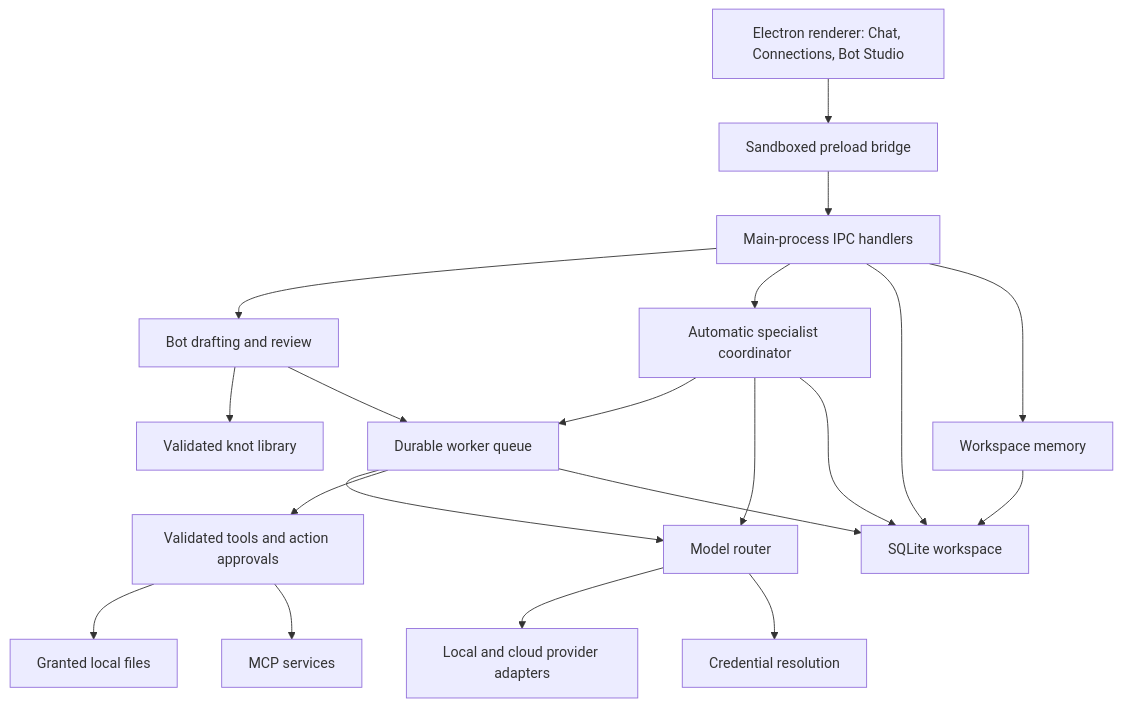
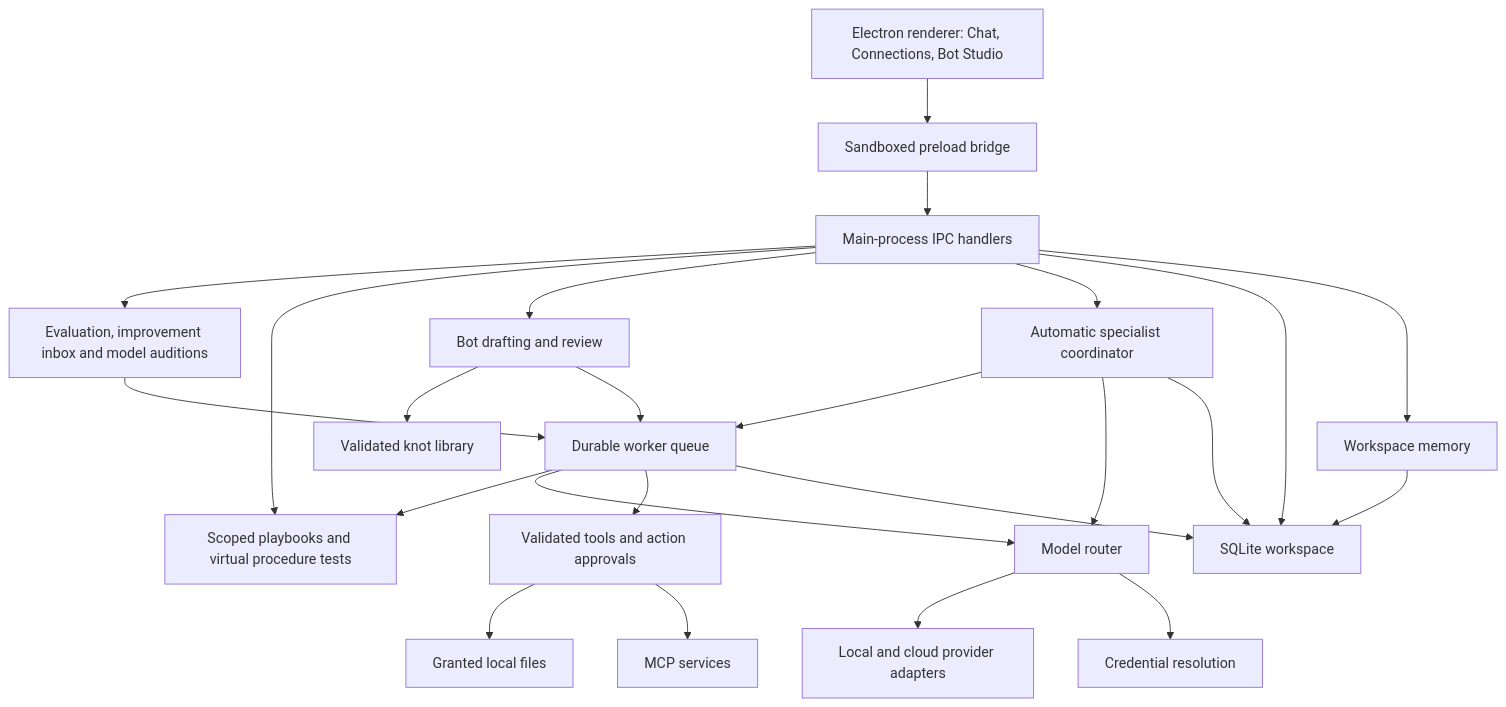
Before and after one commit to Pegasus2005/KNOTS: the diagram in understanding.md, drawn with Mermaid. The commit also changed other lines of this file and 23 other files, not shown here.

````diff
--- a/understanding.md
+++ b/understanding.md
@@ -168,22 +188,26 @@
 ```mermaid
 flowchart TD
   UI[Electron renderer: Chat, Connections, Bot Studio] --> PRE[Sandboxed preload bridge]
   PRE --> IPC[Main-process IPC handlers]
+  IPC --> LAB[Evaluation, improvement inbox and model auditions]
+  LAB --> WORKER
+  IPC --> PLAYBOOK[Scoped playbooks and virtual procedure tests]
+  WORKER --> PLAYBOOK
   IPC --> CREATE[Bot drafting and review]
   IPC --> AUTO[Automatic specialist coordinator]
   CREATE --> LIB[Validated knot library]
   CREATE --> WORKER[Durable worker queue]
   AUTO --> WORKER
   AUTO --> ROUTER[Model router]
   WORKER --> ROUTER
   ROUTER --> PROVIDERS[Local and cloud provider adapters]
   WORKER --> TOOLS[Validated tools and action approvals]
   TOOLS --> FILES[Granted local files]
   TOOLS --> MCP[MCP services]
   IPC --> DB[SQLite workspace]
   WORKER --> DB
   AUTO --> DB
   IPC --> MEMORY[Workspace memory]
   MEMORY --> DB
   ROUTER --> VAULT[Credential resolution]
 ```
````
